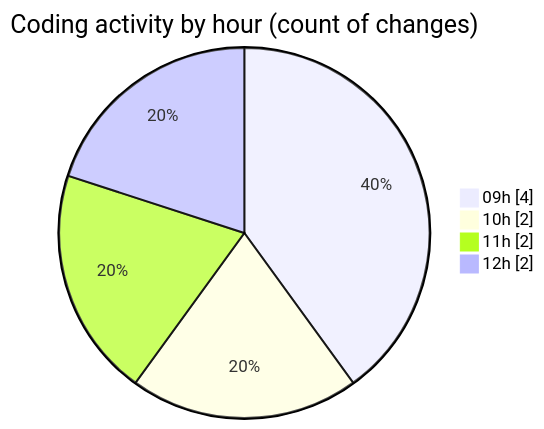
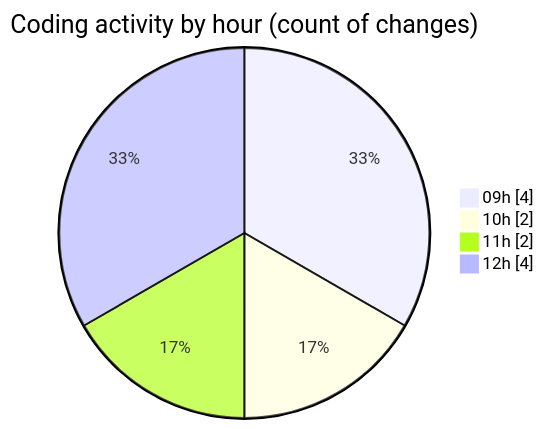
The second of 2 diagrams in 2025-04-22/synth_911data_gen/README.md (trdunsworth/code-tracking), drawn with Mermaid before and after one commit. The commit also changed other lines of this file and 1 other file, not shown here.

````diff
--- a/2025-04-22/synth_911data_gen/README.md
+++ b/2025-04-22/synth_911data_gen/README.md
@@ -30,8 +30,8 @@
 ```mermaid
 pie showData
 title Coding activity by hour (count of changes)
 "09h" : 4
 "10h" : 2
 "11h" : 2
-"12h" : 2
+"12h" : 4
 ```
````
